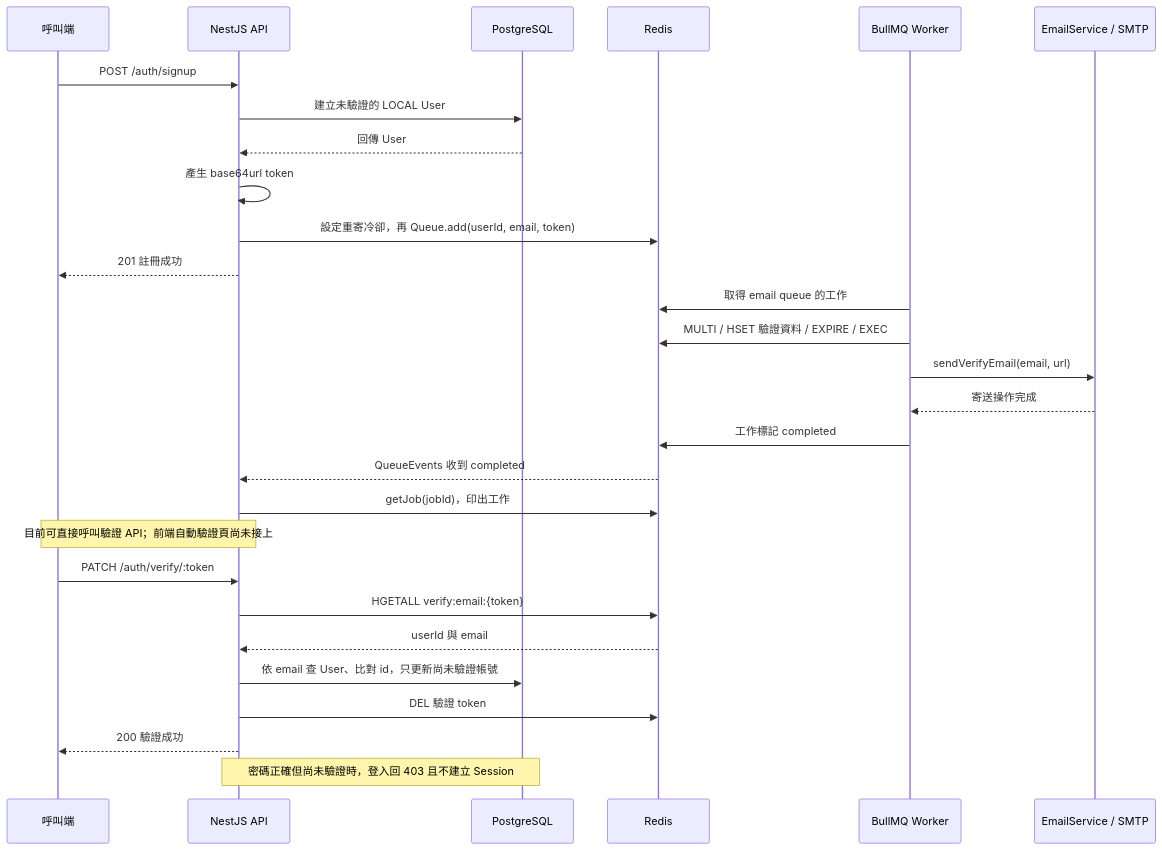
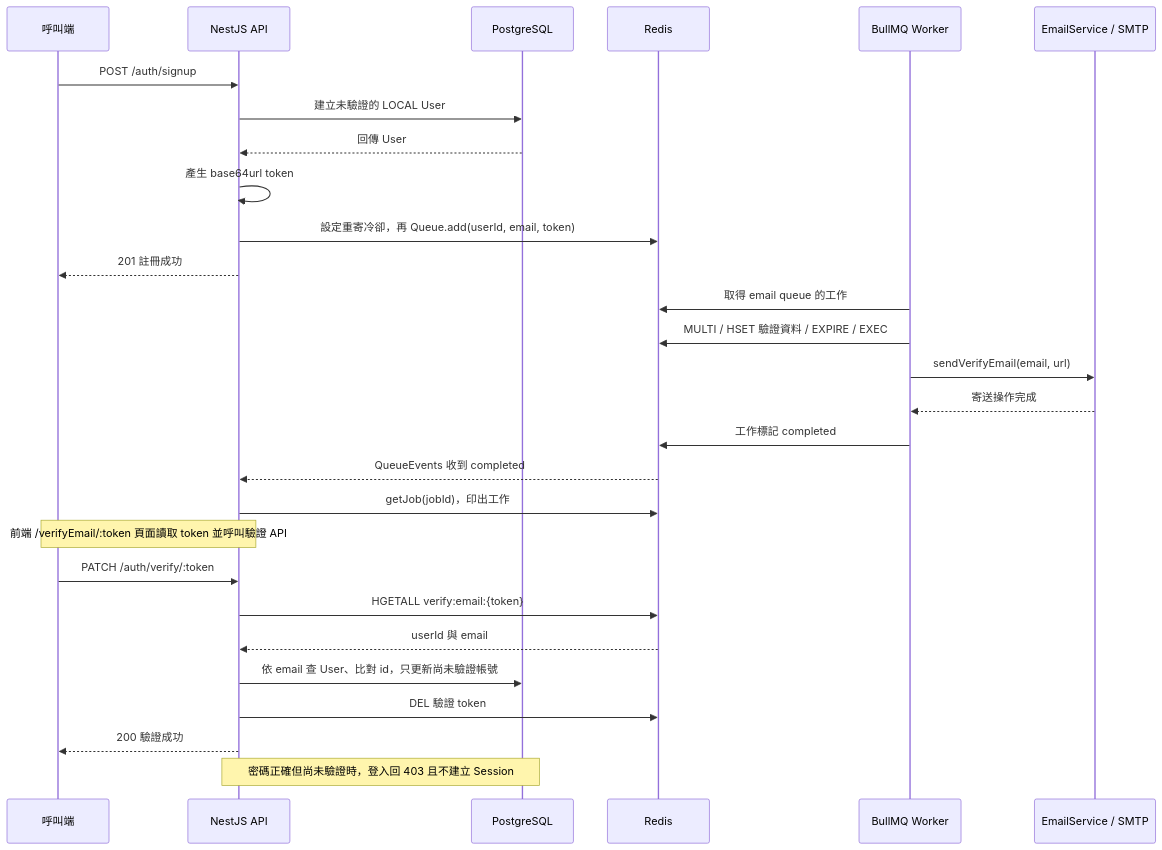
One commit to a41522001/kanban changed the diagram in docs/email-verification-worker-spec.md. Above: the diagram before and after it, drawn with Mermaid. The commit also changed other lines of this file and 23 other files, not shown here.

````diff
--- a/docs/email-verification-worker-spec.md
+++ b/docs/email-verification-worker-spec.md
@@ -21,33 +21,33 @@
 ```mermaid
 sequenceDiagram
     participant C as 呼叫端
     participant A as NestJS API
     participant D as PostgreSQL
     participant R as Redis
     participant W as BullMQ Worker
     participant M as EmailService / SMTP
 
     C->>A: POST /auth/signup
     A->>D: 建立未驗證的 LOCAL User
     D-->>A: 回傳 User
     A->>A: 產生 base64url token
     A->>R: 設定重寄冷卻，再 Queue.add(userId, email, token)
     A-->>C: 201 註冊成功
 
     W->>R: 取得 email queue 的工作
     W->>R: MULTI / HSET 驗證資料 / EXPIRE / EXEC
     W->>M: sendVerifyEmail(email, url)
     M-->>W: 寄送操作完成
     W->>R: 工作標記 completed
     R-->>A: QueueEvents 收到 completed
     A->>R: getJob(jobId)，印出工作
 
-    Note over C,A: 目前可直接呼叫驗證 API；前端自動驗證頁尚未接上
+    Note over C,A: 前端 /verifyEmail/:token 頁面讀取 token 並呼叫驗證 API
     C->>A: PATCH /auth/verify/:token
     A->>R: HGETALL verify:email:{token}
     R-->>A: userId 與 email
     A->>D: 依 email 查 User、比對 id，只更新尚未驗證帳號
     A->>R: DEL 驗證 token
     A-->>C: 200 驗證成功
     Note over A,D: 密碼正確但尚未驗證時，登入回 403 且不建立 Session
 ```
````
